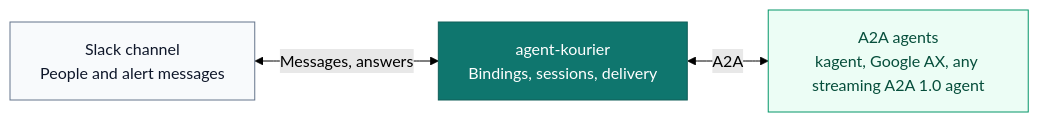
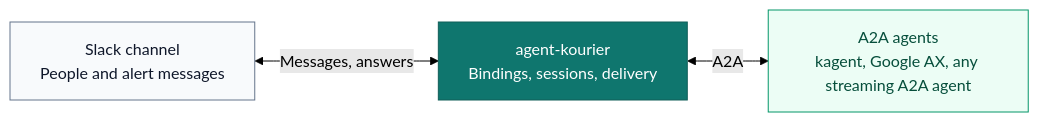
Before and after one commit to agentkourier/agent-kourier: the diagram in README.md, drawn with Mermaid (forest theme). The commit also changed other lines of this file and 4 other files, not shown here.

````diff
--- a/README.md
+++ b/README.md
@@ -60,16 +60,16 @@
 ```mermaid
 flowchart LR
     Slack["Slack channel<br/>People and alert messages"]
     AgentKourier["agent-kourier<br/>Bindings, sessions, delivery"]
-    Agents["A2A agents<br/>kagent, Google AX, any streaming A2A 1.0 agent"]
+    Agents["A2A agents<br/>kagent, Google AX, any streaming A2A agent"]
 
     Slack <-->|Messages, answers| AgentKourier
     AgentKourier <-->|A2A| Agents
 
     classDef human fill:#f8fafc,stroke:#64748b,color:#0f172a
     classDef broker fill:#0f766e,stroke:#115e59,color:#ffffff
     classDef runtime fill:#ecfdf5,stroke:#059669,color:#064e3b
     class Slack human
     class AgentKourier broker
     class Agents runtime
 ```
````
